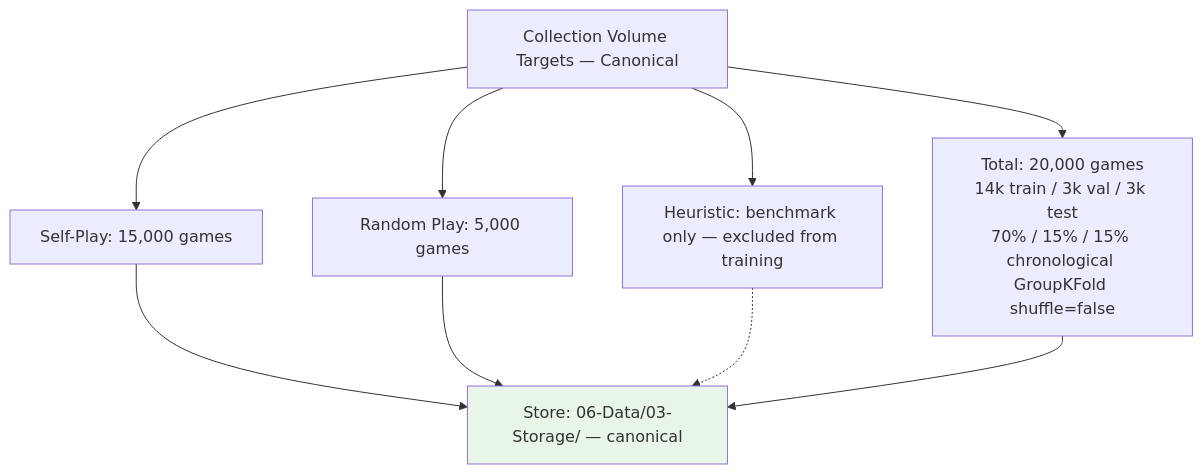
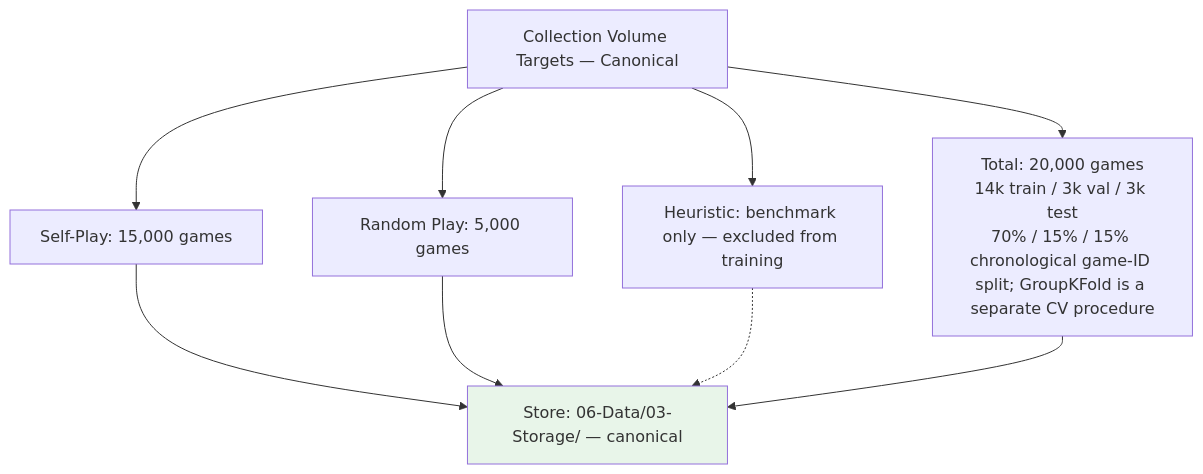
Before and after one commit to Evintkoo/2048-ml: the diagram in plans/06-Data/01-Collection/01-data-collection-strategy.md, drawn with Mermaid. The commit also changed other lines of this file and 198 other files, not shown here.

````diff
--- a/plans/06-Data/01-Collection/01-data-collection-strategy.md
+++ b/plans/06-Data/01-Collection/01-data-collection-strategy.md
@@ -36,13 +36,13 @@
 ```mermaid
 flowchart TB
     Volume[Collection Volume Targets — Canonical]
     Volume --> V1[Self-Play: 15,000 games]
     Volume --> V2[Random Play: 5,000 games]
     Volume --> V3[Heuristic: benchmark only — excluded from training]
-    Volume --> V4[Total: 20,000 games<br/>14k train / 3k val / 3k test<br/>70% / 15% / 15% chronological GroupKFold shuffle=false]
+    Volume --> V4[Total: 20,000 games<br/>14k train / 3k val / 3k test<br/>70% / 15% / 15% chronological game-ID split; GroupKFold is a separate CV procedure]
     V1 --> Storage[Store: 06-Data/03-Storage/ — canonical]
     V2 --> Storage
     V3 -.-> Storage
     V4 --> Storage
     style Storage fill:#e8f5e9
 ```
````
